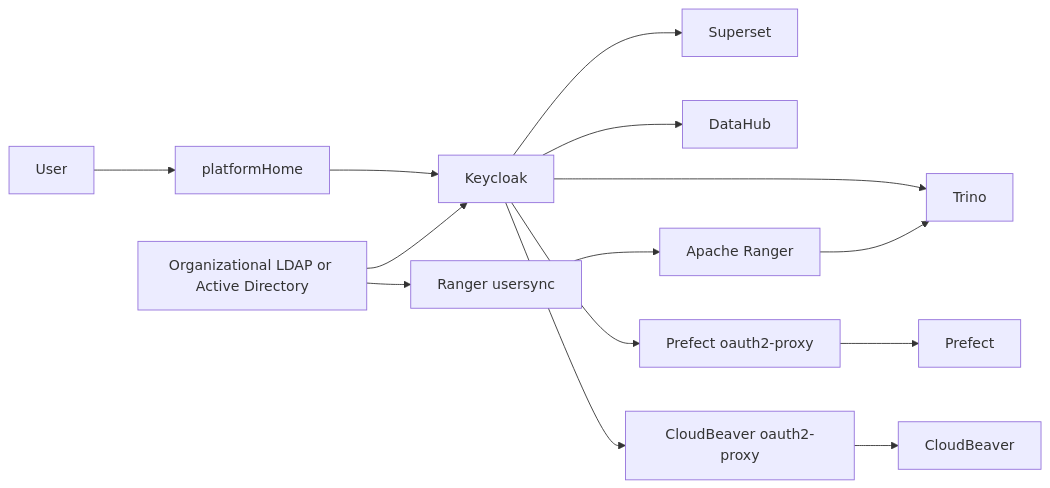
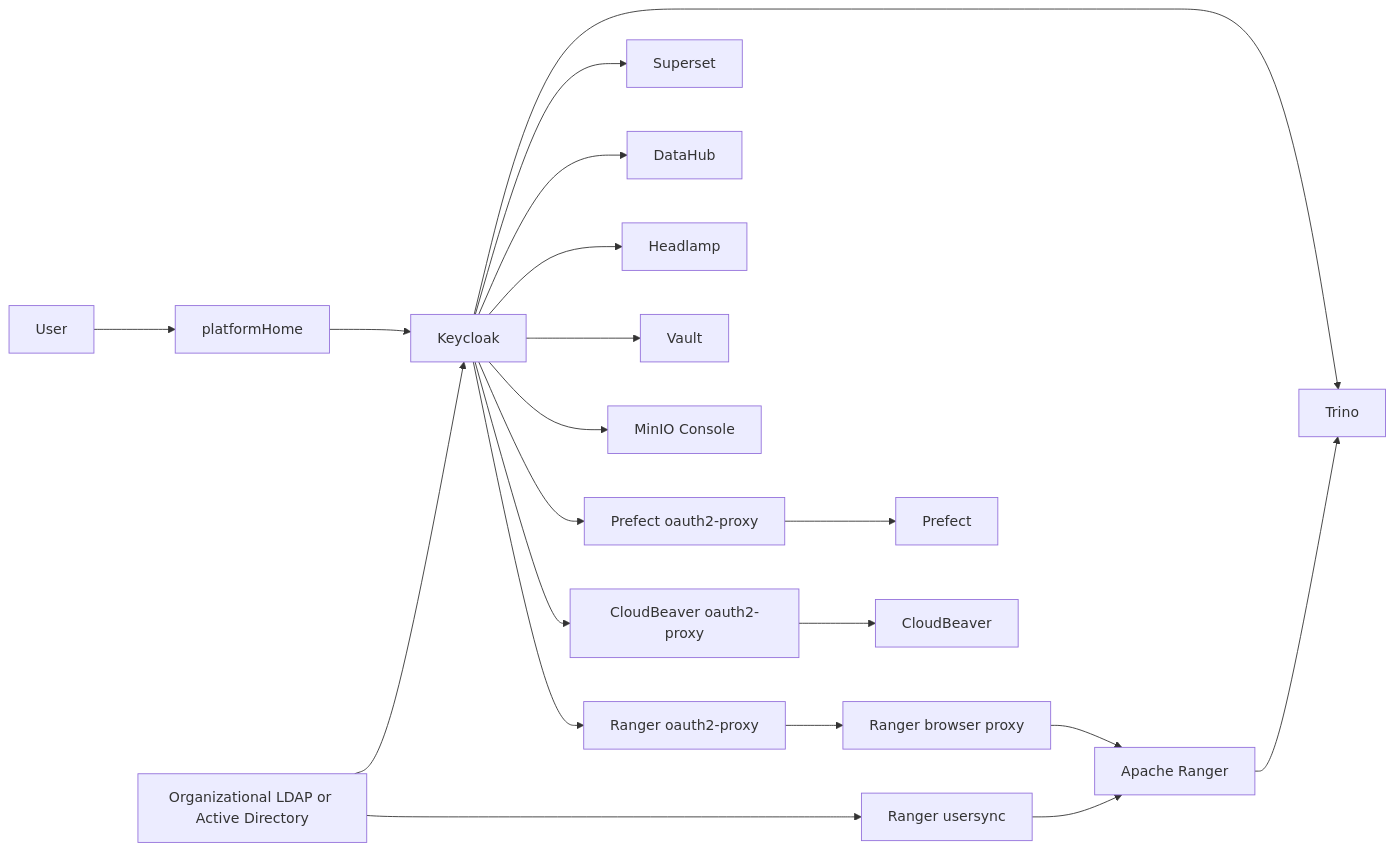
One commit to sanger-pathogens/dlh-in-a-box-umbrella-helm-chart changed the first of 5 diagrams in docs/auth-architecture.md. Above: the diagram before and after it, drawn with Mermaid. The commit also changed other lines of this file and 9 other files, not shown here.

````diff
--- a/docs/auth-architecture.md
+++ b/docs/auth-architecture.md
@@ -11,16 +11,22 @@
 ```mermaid
 flowchart LR
   User[User] --> Portal[platformHome]
   Portal --> Keycloak[Keycloak]
   LDAP[Organizational LDAP or Active Directory] --> Keycloak
   LDAP --> RangerUsersync[Ranger usersync]
   Keycloak --> Trino[Trino]
   Keycloak --> Superset[Superset]
   Keycloak --> DataHub[DataHub]
+  Keycloak --> Headlamp[Headlamp]
+  Keycloak --> Vault[Vault]
+  Keycloak --> MinIO[MinIO Console]
   Keycloak --> PrefectProxy[Prefect oauth2-proxy]
   PrefectProxy --> Prefect[Prefect]
   Keycloak --> CloudBeaverProxy[CloudBeaver oauth2-proxy]
   CloudBeaverProxy --> CloudBeaver[CloudBeaver]
+  Keycloak --> RangerProxy[Ranger oauth2-proxy]
+  RangerProxy --> RangerBrowserProxy[Ranger browser proxy]
   RangerUsersync --> Ranger[Apache Ranger]
+  RangerBrowserProxy --> Ranger
   Ranger --> Trino
 ```
````
